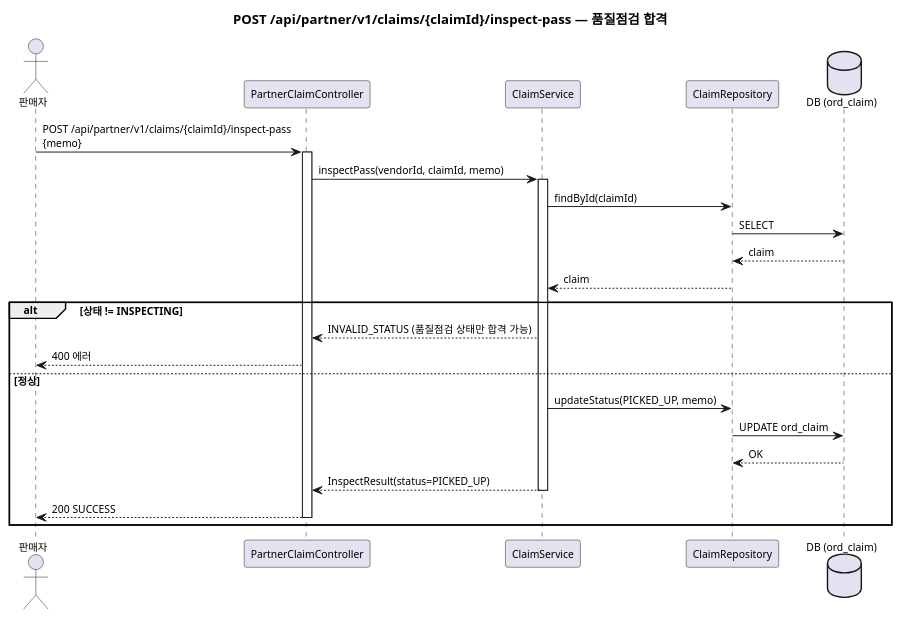
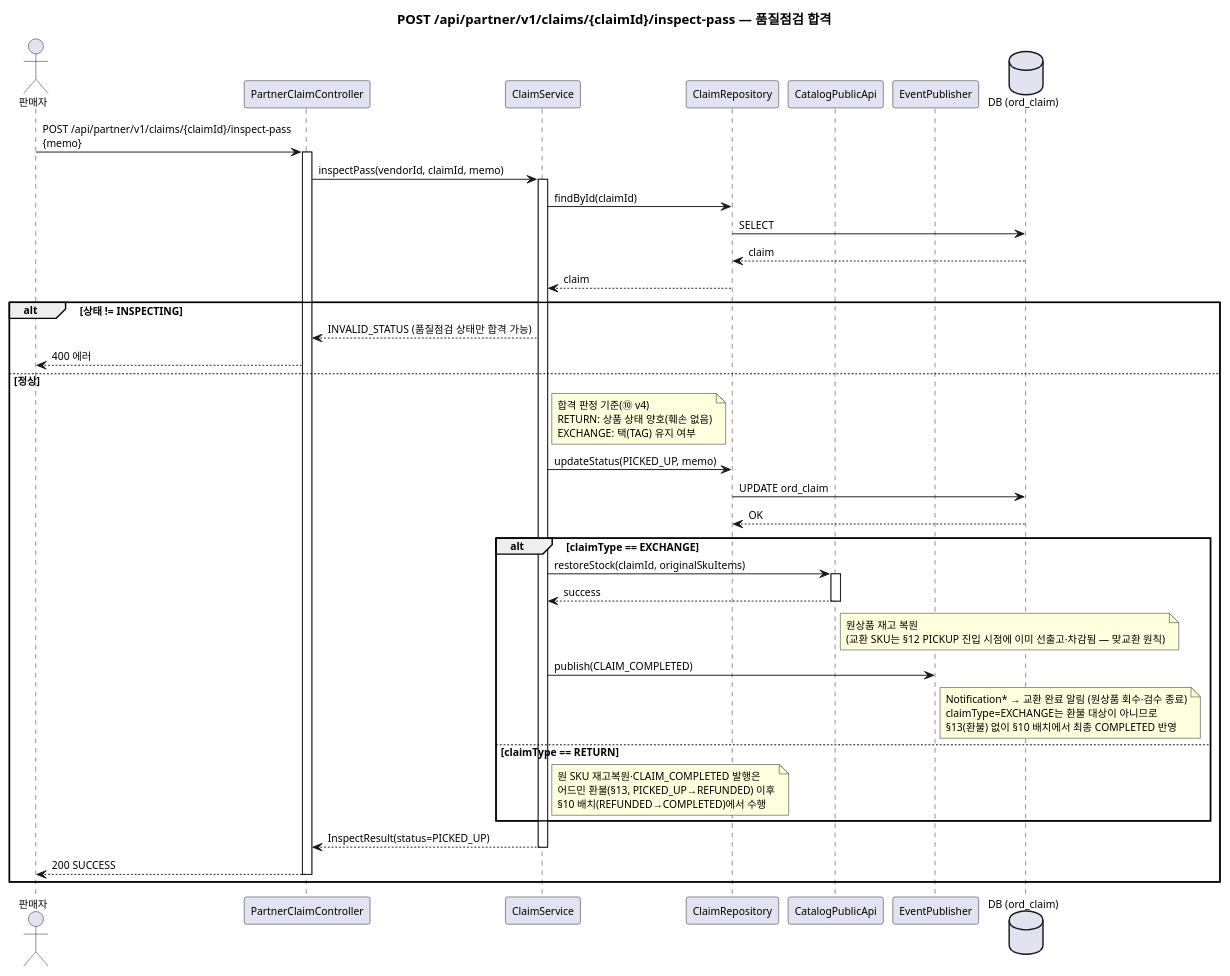
Before and after one commit to parknahyun/runNShop: diagram 14 of 21 in docs/자산화-단계별/S3-상세설계/16-시퀀스(Order-Payment).md, drawn with PlantUML. The commit also changed other lines of this file and 18 other files, not shown here.

````diff
--- a/docs/자산화-단계별/S3-상세설계/16-시퀀스(Order-Payment).md
+++ b/docs/자산화-단계별/S3-상세설계/16-시퀀스(Order-Payment).md
@@ -710,39 +744,64 @@
 ```plantuml
 @startuml
 skinparam backgroundColor transparent
 skinparam defaultFontSize 11
 title POST /api/partner/v1/claims/{claimId}/inspect-pass — 품질점검 합격
 
 actor 판매자 as Partner
 participant "PartnerClaimController" as PCC
 participant "ClaimService" as CS
 participant "ClaimRepository" as CR
+participant "CatalogPublicApi" as CAT
+participant "EventPublisher" as EP
 database "DB (ord_claim)" as DB
 
 Partner -> PCC : POST /api/partner/v1/claims/{claimId}/inspect-pass\n{memo}
 activate PCC
 
 PCC -> CS : inspectPass(vendorId, claimId, memo)
 activate CS
 
 CS -> CR : findById(claimId)
 CR -> DB : SELECT
 DB --> CR : claim
 CR --> CS : claim
 
 alt 상태 != INSPECTING
   CS --> PCC : INVALID_STATUS (품질점검 상태만 합격 가능)
   PCC --> Partner : 400 에러
 else 정상
+  note right of CS
+    합격 판정 기준(⑩ v4)
+    RETURN: 상품 상태 양호(훼손 없음)
+    EXCHANGE: 택(TAG) 유지 여부
+  end note
+
   CS -> CR : updateStatus(PICKED_UP, memo)
   CR -> DB : UPDATE ord_claim
   DB --> CR : OK
+
+  alt claimType == EXCHANGE
+    CS -> CAT : restoreStock(claimId, originalSkuItems)
+    activate CAT
+    CAT --> CS : success
+    deactivate CAT
+    note right of CAT: 원상품 재고 복원\n(교환 SKU는 §12 PICKUP 진입 시점에 이미 선출고·차감됨 — 맞교환 원칙)
+
+    CS -> EP : publish(CLAIM_COMPLETED)
+    note right of EP
+      Notification* → 교환 완료 알림 (원상품 회수·검수 종료)
+      claimType=EXCHANGE는 환불 대상이 아니므로
+      §13(환불) 없이 §10 배치에서 최종 COMPLETED 반영
+    end note
+  else claimType == RETURN
+    note right of CS: 원 SKU 재고복원·CLAIM_COMPLETED 발행은\n어드민 환불(§13, PICKED_UP→REFUNDED) 이후\n§10 배치(REFUNDED→COMPLETED)에서 수행
+  end
 
   CS --> PCC : InspectResult(status=PICKED_UP)
   deactivate CS
   PCC --> Partner : 200 SUCCESS
   deactivate PCC
 end
 
 @enduml
 ```
````
